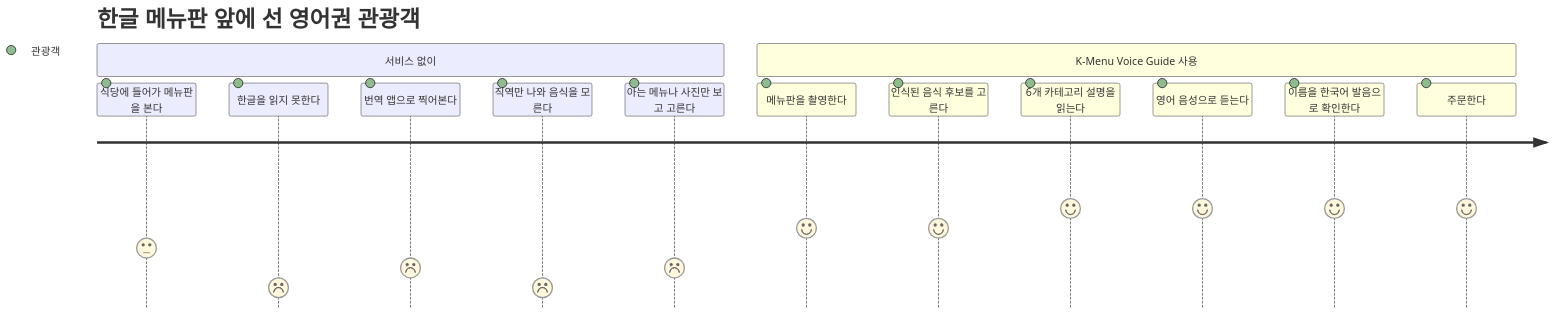
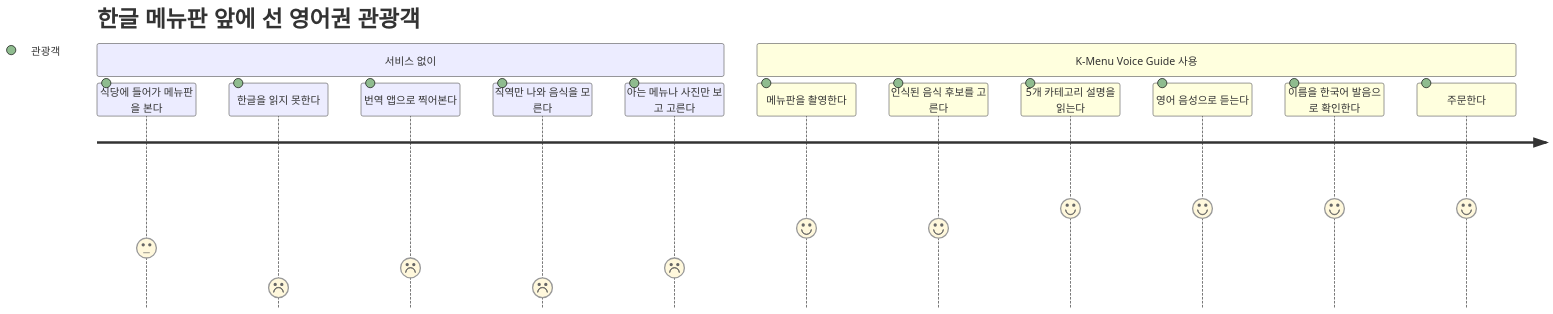
One commit to HJU5022/K_Menu_Voice_Guide changed the first of 8 diagrams in docs/기획서.md. Above: the diagram before and after it, drawn with Mermaid. The commit also changed other lines of this file, not shown here.

````diff
--- a/docs/기획서.md
+++ b/docs/기획서.md
@@ -57,17 +57,17 @@
 ```mermaid
 journey
     title 한글 메뉴판 앞에 선 영어권 관광객
     section 서비스 없이
       식당에 들어가 메뉴판을 본다: 3: 관광객
       한글을 읽지 못한다: 1: 관광객
       번역 앱으로 찍어본다: 2: 관광객
       직역만 나와 음식을 모른다: 1: 관광객
       아는 메뉴나 사진만 보고 고른다: 2: 관광객
     section K-Menu Voice Guide 사용
       메뉴판을 촬영한다: 4: 관광객
       인식된 음식 후보를 고른다: 4: 관광객
-      6개 카테고리 설명을 읽는다: 5: 관광객
+      5개 카테고리 설명을 읽는다: 5: 관광객
       영어 음성으로 듣는다: 5: 관광객
       이름을 한국어 발음으로 확인한다: 5: 관광객
       주문한다: 5: 관광객
 ```
````
